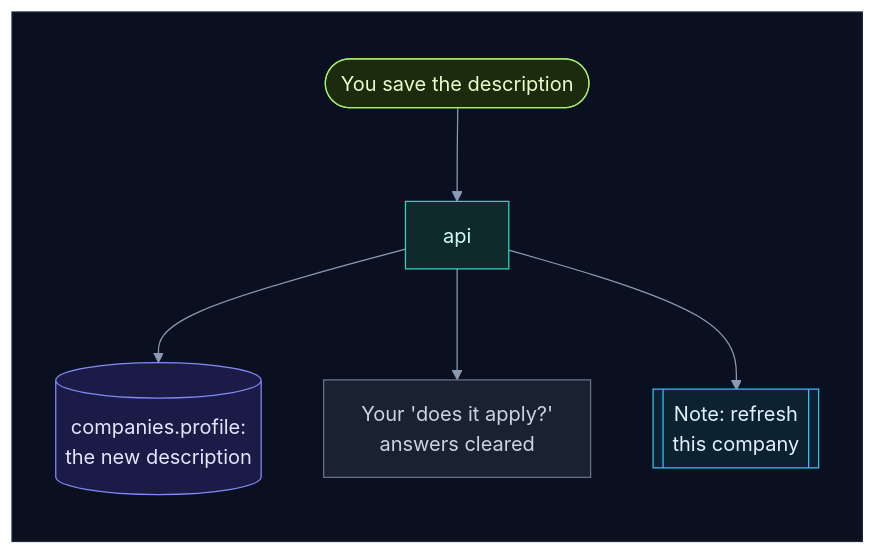
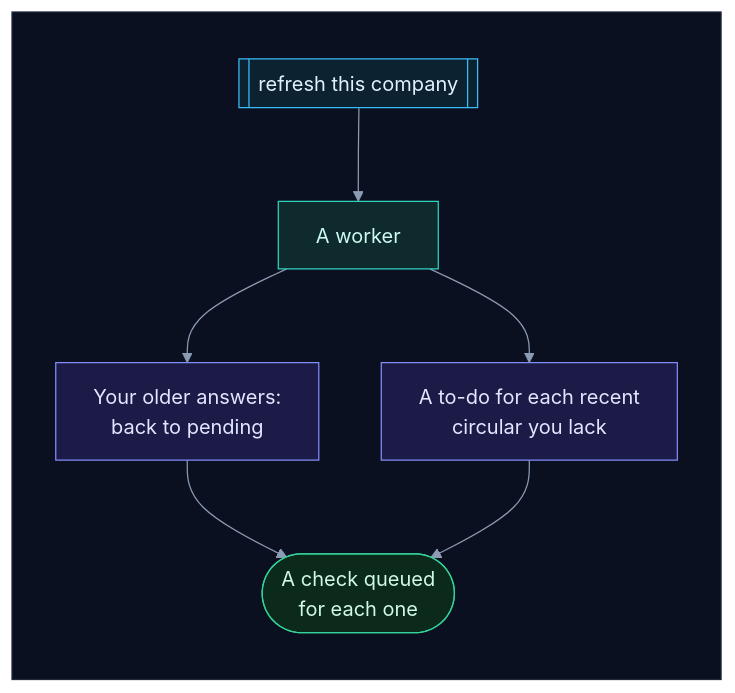
One commit to selvakumarperumal/Regulatory_Circular_Impact_Agent changed diagram 35 of 56 in how_it_works.md. Above: the diagram before and after it, drawn with Mermaid. The commit also changed other lines of this file and 4 other files, not shown here.

````diff
--- a/how_it_works.md
+++ b/how_it_works.md
@@ -1741,27 +1750,27 @@
 ```mermaid
 %%{init: {"theme": "base", "flowchart": {"diagramPadding": 0}, "themeVariables": {"darkMode": true, "primaryColor": "#16213a", "primaryTextColor": "#e6edf7", "primaryBorderColor": "#475a7a", "lineColor": "#8b9bb4", "secondaryColor": "#1b2436", "tertiaryColor": "#101a2e", "edgeLabelBackground": "#0f172a", "textColor": "#e2e8f0", "clusterBkg": "#0f1728", "clusterBorder": "#2b3a55", "titleColor": "#c4b5fd", "nodeTextColor": "#e6edf7"}}}%%
 flowchart TD
     subgraph canvas[" "]
         direction TB
-        u(["You save the description"]) --> a["api"]
-        a --> c[("companies.profile:<br/>the new description")]
-        a --> r["Your 'does it apply?'<br/>answers cleared"]
-        a --> q[["Note: refresh<br/>this company"]]
+        q[["refresh this company"]] --> k["A worker"]
+        k --> r["Your older answers:<br/>back to pending"]
+        k --> t["A to-do for each recent<br/>circular you lack"]
+        r --> s(["A check queued<br/>for each one"])
+        t --> s
     end
     classDef svc fill:#0e2a2c,stroke:#2dd4bf,color:#ccfbf1
     classDef data fill:#1c1a47,stroke:#818cf8,color:#e0e7ff
     classDef ext fill:#2a1640,stroke:#c084fc,color:#f3e8ff
     classDef gpu fill:#2d1b0c,stroke:#fb923c,color:#ffedd5
     classDef ask fill:#2a2410,stroke:#fbbf24,color:#fef3c7
     classDef ok fill:#0b2a1c,stroke:#34d399,color:#d1fae5
     classDef bad fill:#2e0f17,stroke:#fb7185,color:#ffe4e6
     classDef start fill:#1c2a0e,stroke:#a7ef6f,color:#ecfccb
     classDef muted fill:#1a2130,stroke:#64748b,color:#cbd5e1
     classDef queue fill:#0c2231,stroke:#38bdf8,color:#e0f2fe
-    class u start
-    class a svc
-    class c data
-    class r muted
     class q queue
+    class k svc
+    class r,t data
+    class s ok
     style canvas fill:#0b1020,stroke:#1e293b,color:#0b1020
 ```
````
